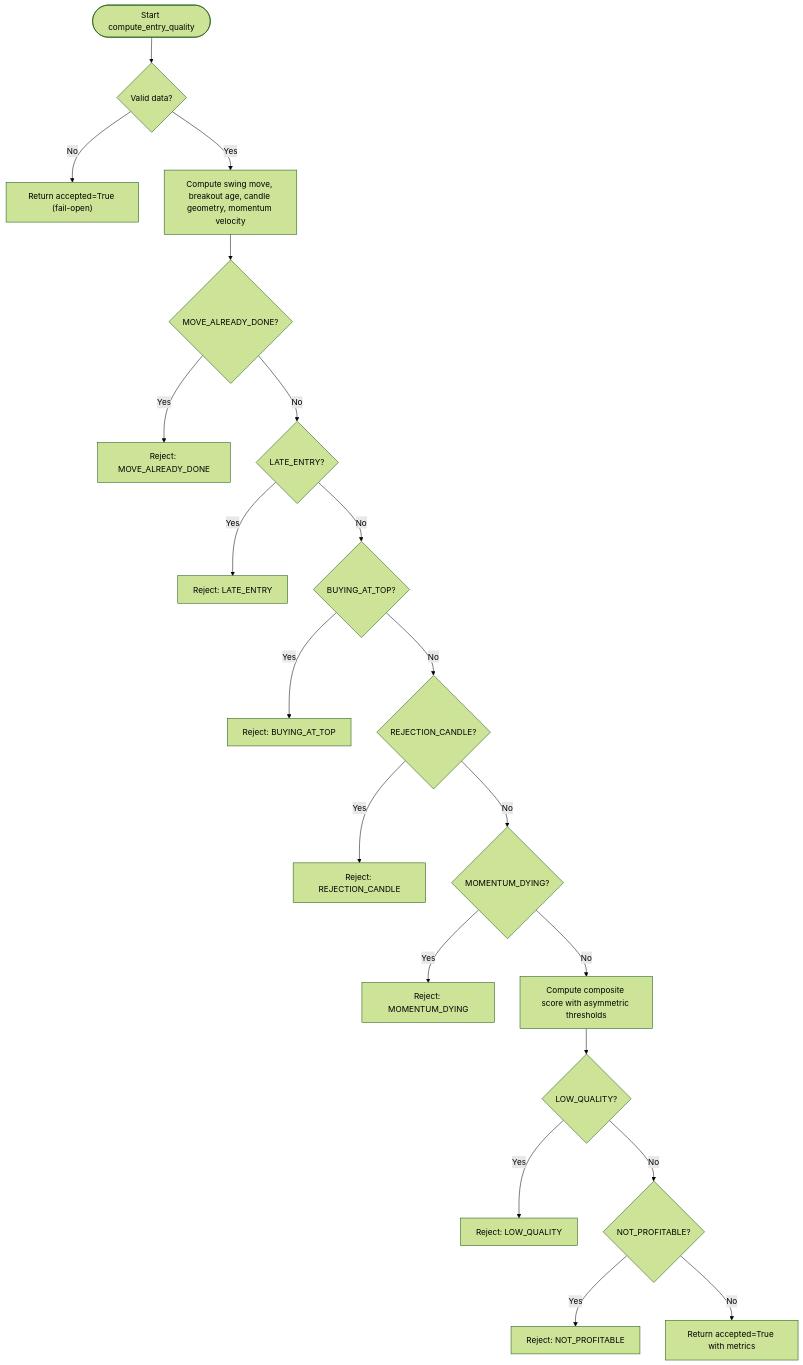
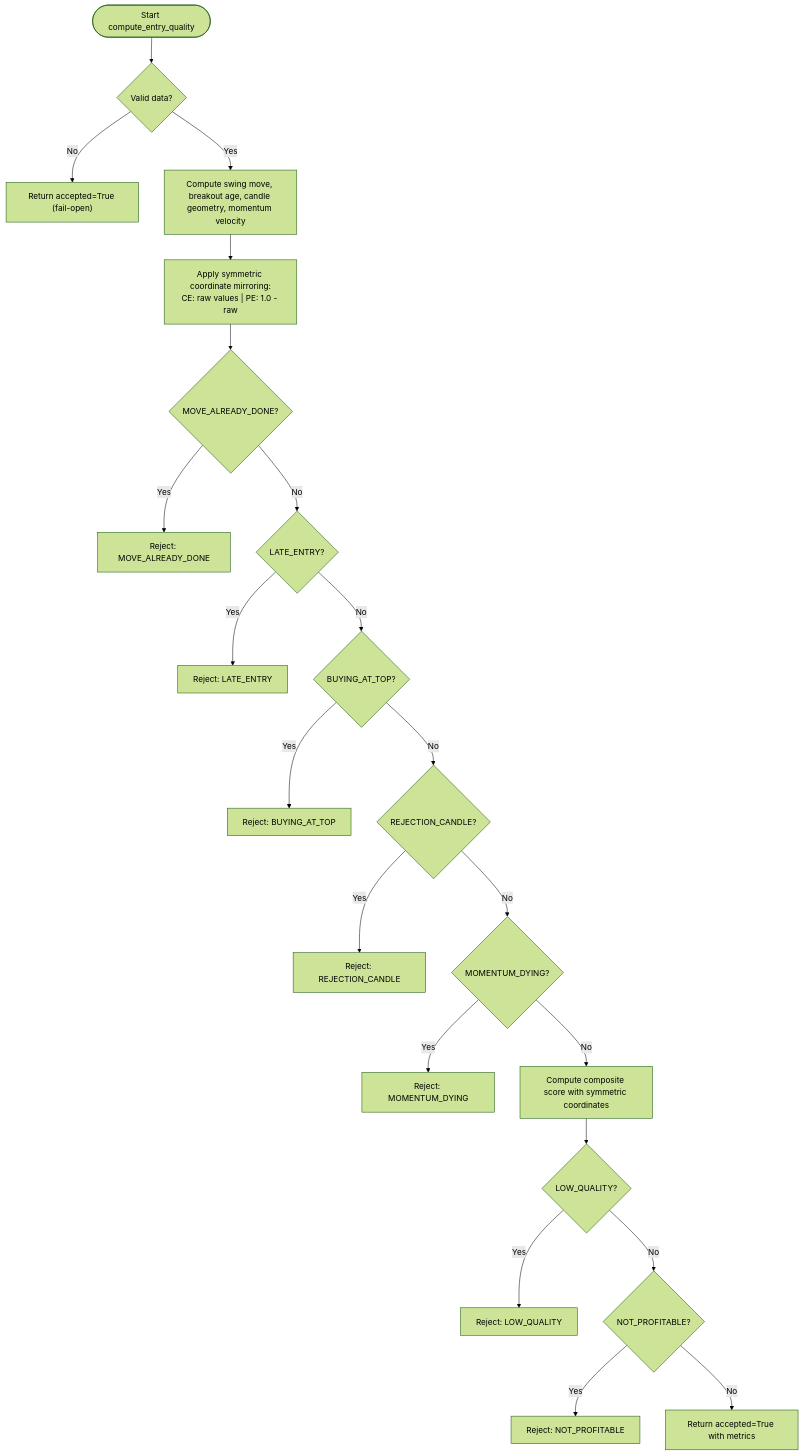
One commit to tauqeersiddiqui-art/tradingsystem changed the third of 8 diagrams in .qoder/repowiki/en/content/Execution and Risk Management/Entry Quality Filter.md. Above: the diagram before and after it, drawn with Mermaid (forest theme). The commit also changed other lines of this file and 6 other files, not shown here.

````diff
--- a/.qoder/repowiki/en/content/Execution and Risk Management/Entry Quality Filter.md
+++ b/.qoder/repowiki/en/content/Execution and Risk Management/Entry Quality Filter.md
@@ -152,22 +152,23 @@
 ```mermaid
 flowchart TD
 Start(["Start compute_entry_quality"]) --> DataCheck{"Valid data?"}
 DataCheck -- No --> AcceptOpen["Return accepted=True (fail-open)"]
 DataCheck -- Yes --> Compute["Compute swing move, breakout age, candle geometry, momentum velocity"]
-Compute --> Rule1{"MOVE_ALREADY_DONE?"}
+Compute --> Mirror["Apply symmetric coordinate mirroring:<br/>CE: raw values | PE: 1.0 - raw"]
+Mirror --> Rule1{"MOVE_ALREADY_DONE?"}
 Rule1 -- Yes --> Reject1["Reject: MOVE_ALREADY_DONE"]
 Rule1 -- No --> Rule2{"LATE_ENTRY?"}
 Rule2 -- Yes --> Reject2["Reject: LATE_ENTRY"]
 Rule2 -- No --> Rule3{"BUYING_AT_TOP?"}
 Rule3 -- Yes --> Reject3["Reject: BUYING_AT_TOP"]
 Rule3 -- No --> Rule4{"REJECTION_CANDLE?"}
 Rule4 -- Yes --> Reject4["Reject: REJECTION_CANDLE"]
 Rule4 -- No --> Rule5{"MOMENTUM_DYING?"}
 Rule5 -- Yes --> Reject5["Reject: MOMENTUM_DYING"]
-Rule5 -- No --> Score["Compute composite score with asymmetric thresholds"]
+Rule5 -- No --> Score["Compute composite score with symmetric coordinates"]
 Score --> Rule6{"LOW_QUALITY?"}
 Rule6 -- Yes --> Reject6["Reject: LOW_QUALITY"]
 Rule6 -- No --> Profitable{"NOT_PROFITABLE?"}
 Profitable -- Yes --> Reject7["Reject: NOT_PROFITABLE"]
 Profitable -- No --> Accept["Return accepted=True with metrics"]
 ```
````
